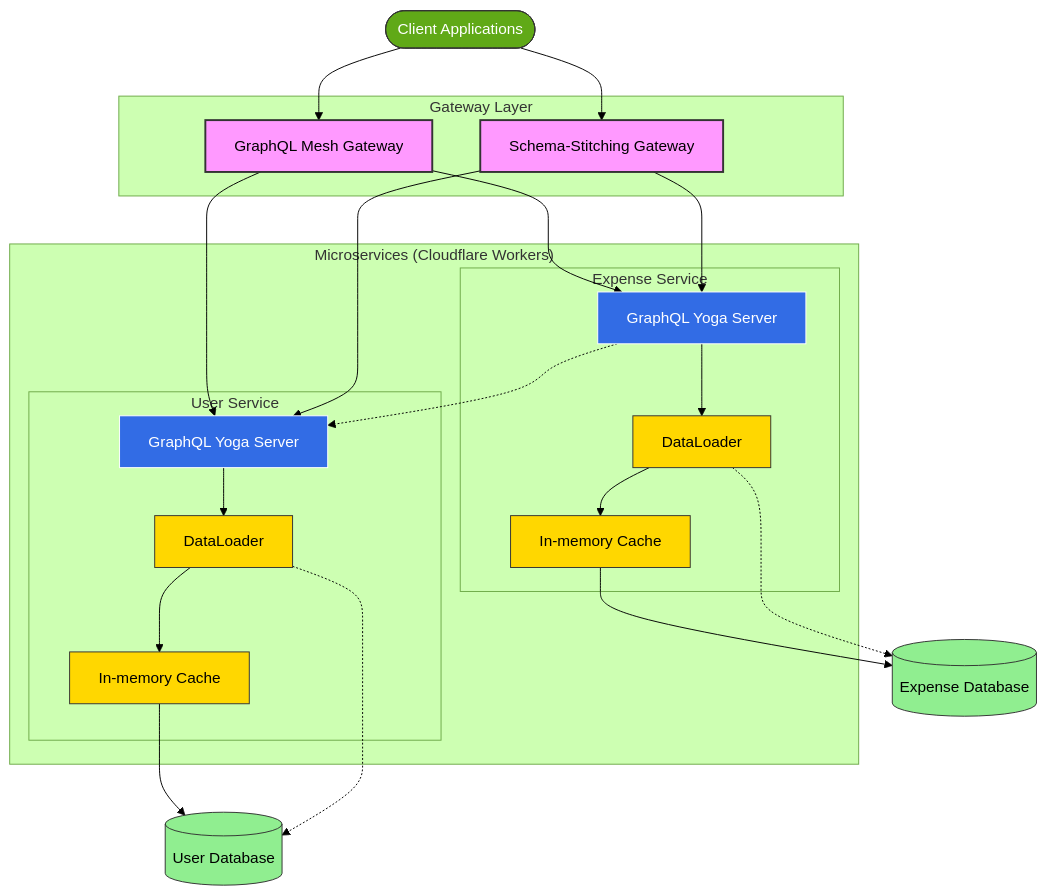
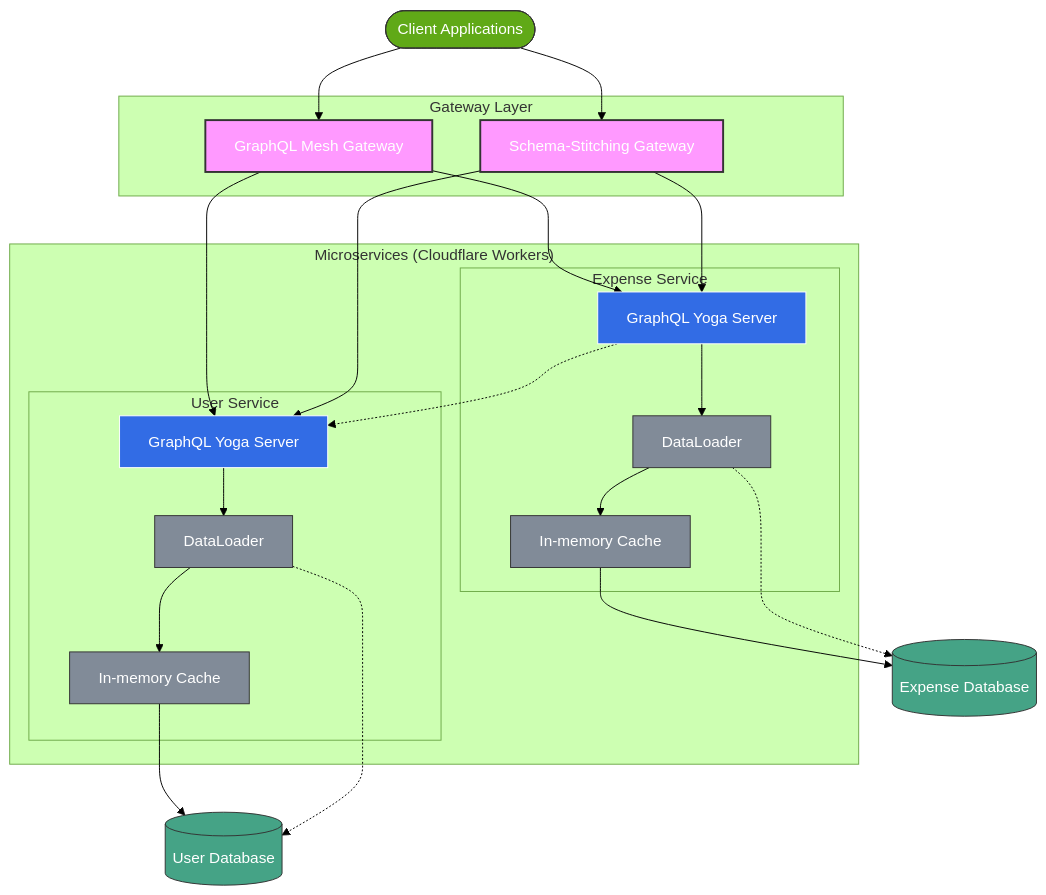
One commit to vinodhj/graphql-gateway-microservices changed the second of 3 diagrams in docs/tdd/hld.md. Above: the diagram before and after it, drawn with Mermaid (forest theme). The commit also changed other lines of this file, not shown here.

Commit message:
diagram color fix

````diff
--- a/docs/tdd/hld.md
+++ b/docs/tdd/hld.md
@@ -49,53 +49,53 @@
 ```mermaid
 flowchart TD
    Client([Client Applications]) --> MeshGateway
    Client --> StitchingGateway
 
    subgraph "Gateway Layer"
        MeshGateway[GraphQL Mesh Gateway]
        StitchingGateway[Schema-Stitching Gateway]
    end
 
    MeshGateway --> UserService
    MeshGateway --> ExpenseService
    StitchingGateway --> UserService
    StitchingGateway --> ExpenseService
 
    subgraph "Microservices (Cloudflare Workers)"
        subgraph "User Service"
            UserService[GraphQL Yoga Server]
            UserDL[DataLoader]
            UserCache[In-memory Cache]
        end
 
        subgraph "Expense Service"
            ExpenseService[GraphQL Yoga Server]
            ExpenseDL[DataLoader]
            ExpenseCache[In-memory Cache]
        end
    end
 
    UserService --> UserDL
    UserDL --> UserCache
    UserCache --> UserDB[(User Database)]
    UserDL -.-> UserDB
 
    ExpenseService --> ExpenseDL
    ExpenseDL --> ExpenseCache
    ExpenseCache --> ExpenseDB[(Expense Database)]
    ExpenseDL -.-> ExpenseDB
 
    ExpenseService -.-> UserService
 
-   classDef gateway fill:#f9f,stroke:#333,stroke-width:2px
+   classDef gateway fill:#f9f,stroke:#333,stroke-width:2px,color:#fff
    classDef service fill:#326ce5,stroke:#fff,stroke-width:1px,color:#fff
-   classDef optimization fill:#ffd700,stroke:#333,stroke-width:1px
-   classDef db fill:#90ee90,stroke:#333,stroke-width:1px
+   classDef optimization fill:#818b98,stroke:#333,stroke-width:1px,color:#fff
+   classDef db fill:#45a386,stroke:#333,stroke-width:1px,color:#fff
    classDef client fill:#60a917,stroke:#333,stroke-width:1px,color:#fff
 
    class MeshGateway,StitchingGateway gateway
    class UserService,ExpenseService service
    class UserDL,UserCache,ExpenseDL,ExpenseCache optimization
    class UserDB,ExpenseDB db
    class Client client
 ```
````
